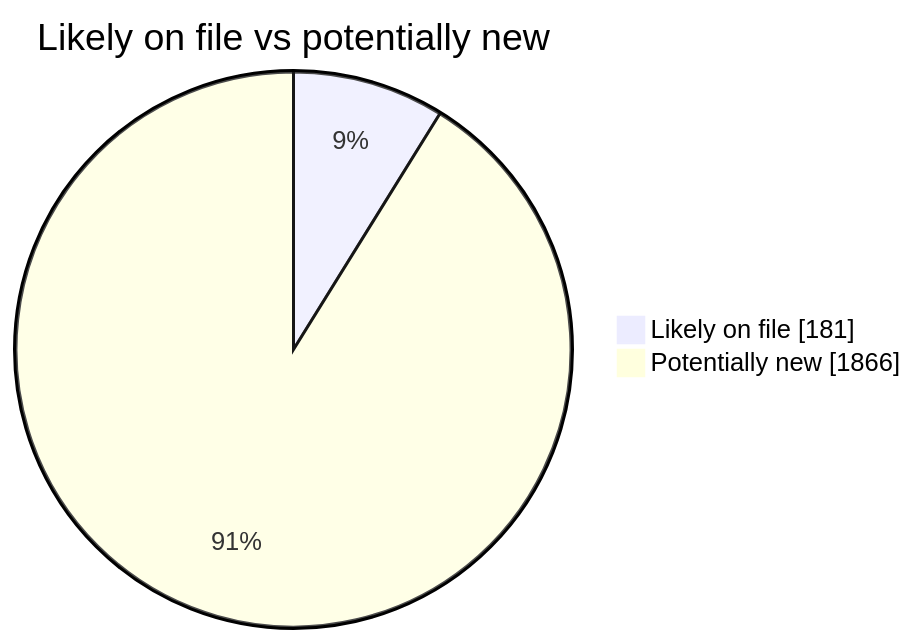
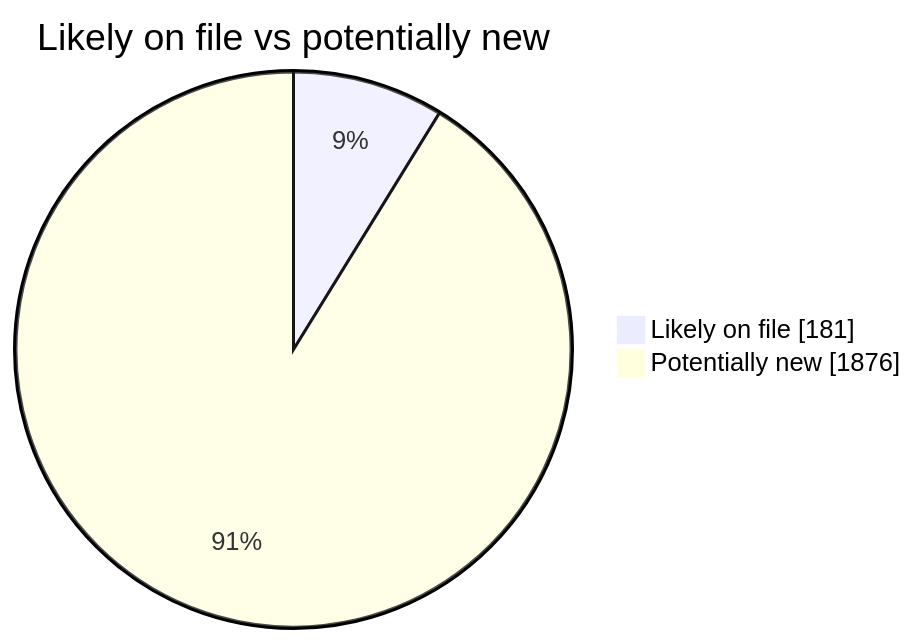
The second of 4 diagrams in README.md (martinbalfanz/social-scanner-reports), drawn with Mermaid before and after one commit. The commit also changed other lines of this file and 4 other files, not shown here.

````diff
--- a/README.md
+++ b/README.md
@@ -40,5 +40,5 @@
 ```mermaid
 pie showData title Likely on file vs potentially new
     "Likely on file" : 181
-    "Potentially new" : 1866
+    "Potentially new" : 1876
 ```
````
